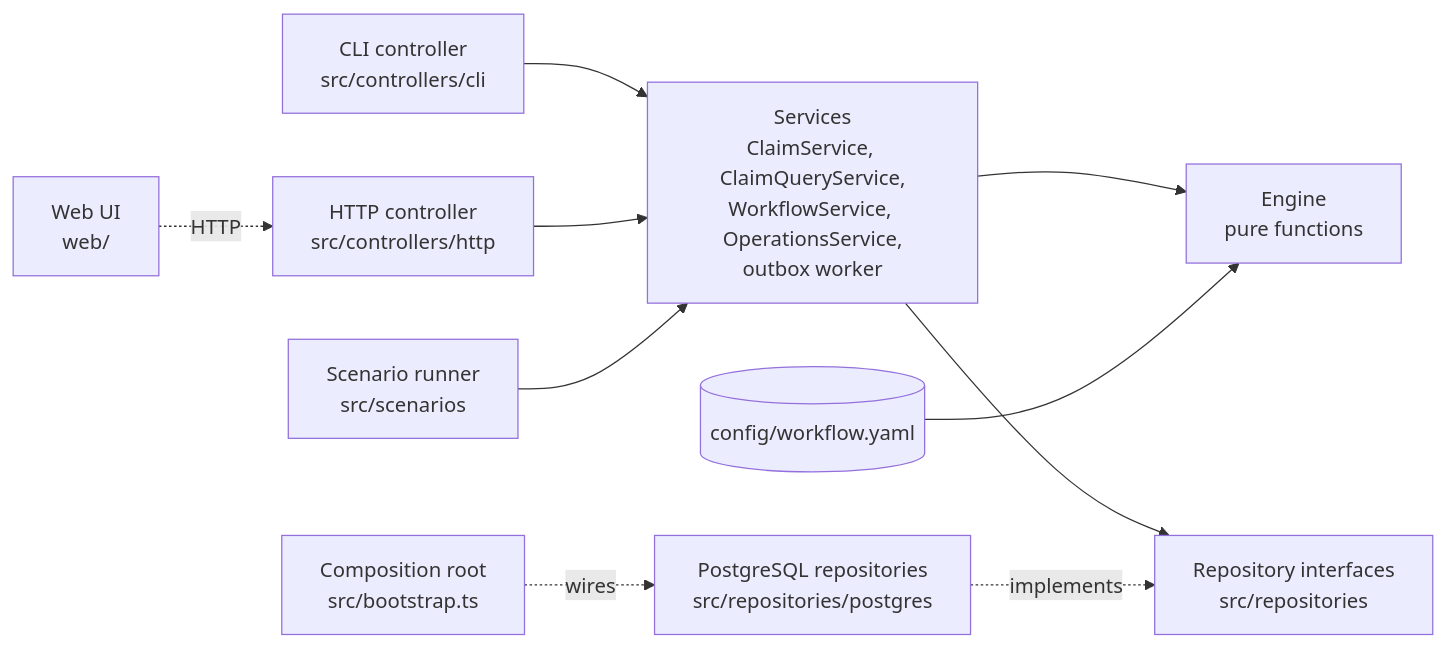
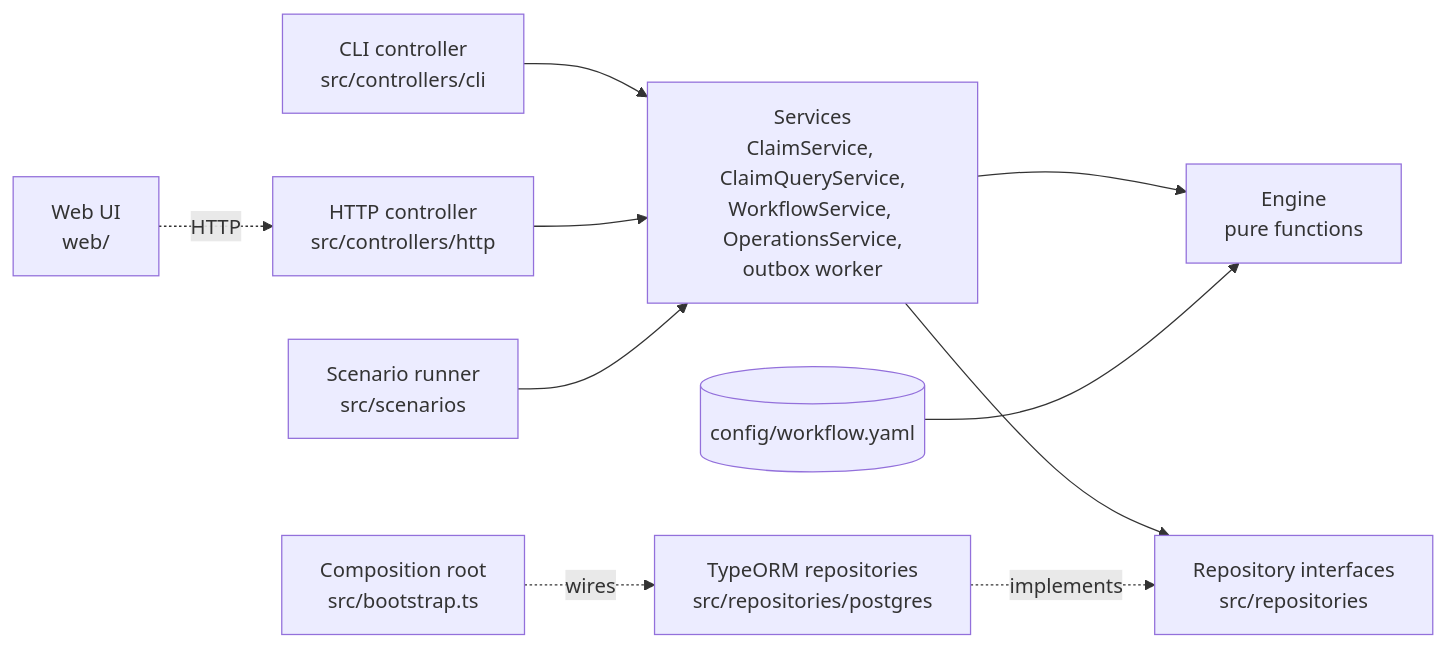
Before and after one commit to singuyen123/claims_workflow: the first of 2 diagrams in docs/design.md, drawn with Mermaid. The commit also changed other lines of this file and 79 other files, not shown here.

````diff
--- a/docs/design.md
+++ b/docs/design.md
@@ -9,12 +9,12 @@
 ```mermaid
 flowchart LR
   cli[CLI controller<br/>src/controllers/cli] --> services
   api[HTTP controller<br/>src/controllers/http] --> services
   web[Web UI<br/>web/] -. HTTP .-> api
   scenarios[Scenario runner<br/>src/scenarios] --> services
   services[Services<br/>ClaimService, ClaimQueryService,<br/>WorkflowService, OperationsService,<br/>outbox worker] --> engine[Engine<br/>pure functions]
   services --> repos[Repository interfaces<br/>src/repositories]
-  pg[PostgreSQL repositories<br/>src/repositories/postgres] -. implements .-> repos
+  pg[TypeORM repositories<br/>src/repositories/postgres] -. implements .-> repos
   boot[Composition root<br/>src/bootstrap.ts] -. wires .-> pg
   config[(config/workflow.yaml)] --> engine
 ```
````
